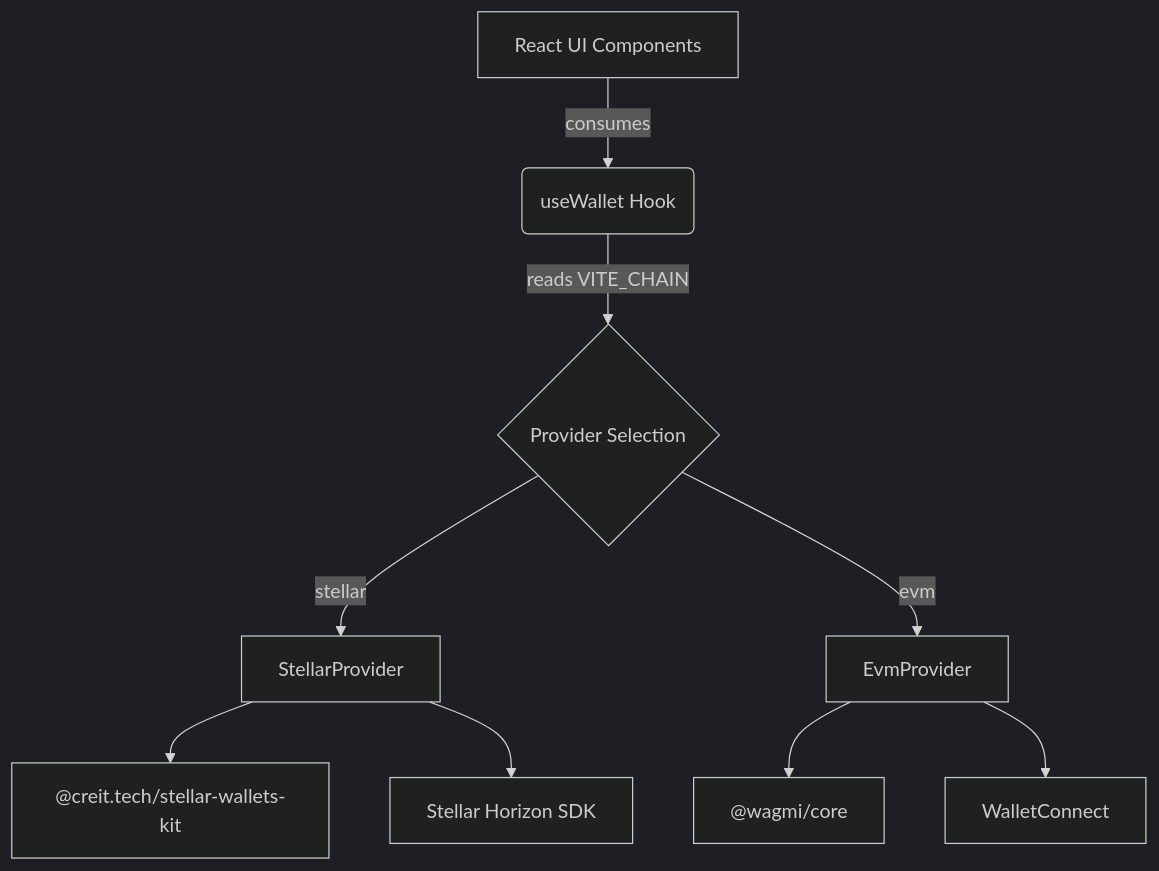
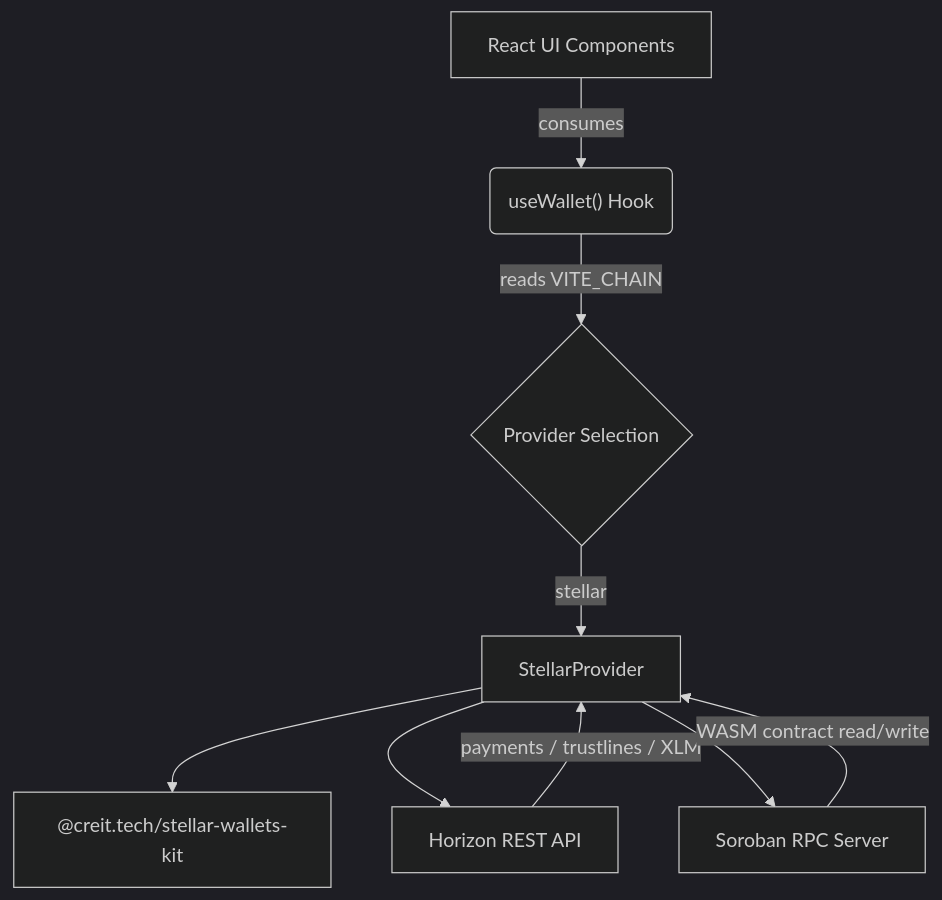
The diagram in README.md (Stellar-Wave-Labs/stellar-connect), drawn with Mermaid (dark theme) before and after one commit. The commit also changed other lines of this file, not shown here.

````diff
--- a/README.md
+++ b/README.md
@@ -21,13 +69,11 @@
 ```mermaid
 graph TD
-    A[React UI Components] -->|consumes| B(useWallet Hook)
+    A["React UI Components"] -->|consumes| B("useWallet() Hook")
     B -->|reads VITE_CHAIN| C{Provider Selection}
     C -->|stellar| D[StellarProvider]
-    C -->|evm| E[EvmProvider]
-    
-    D --> F["@creit.tech/stellar-wallets-kit"]
-    D --> G[Stellar Horizon SDK]
-    
-    E --> H["@wagmi/core"]
-    E --> I[WalletConnect]
+    D --> E["@creit.tech/stellar-wallets-kit"]
+    D --> F["Horizon REST API"]
+    D --> G["Soroban RPC Server"]
+    F -->|payments / trustlines / XLM| D
+    G -->|WASM contract read/write| D
 ```
````
